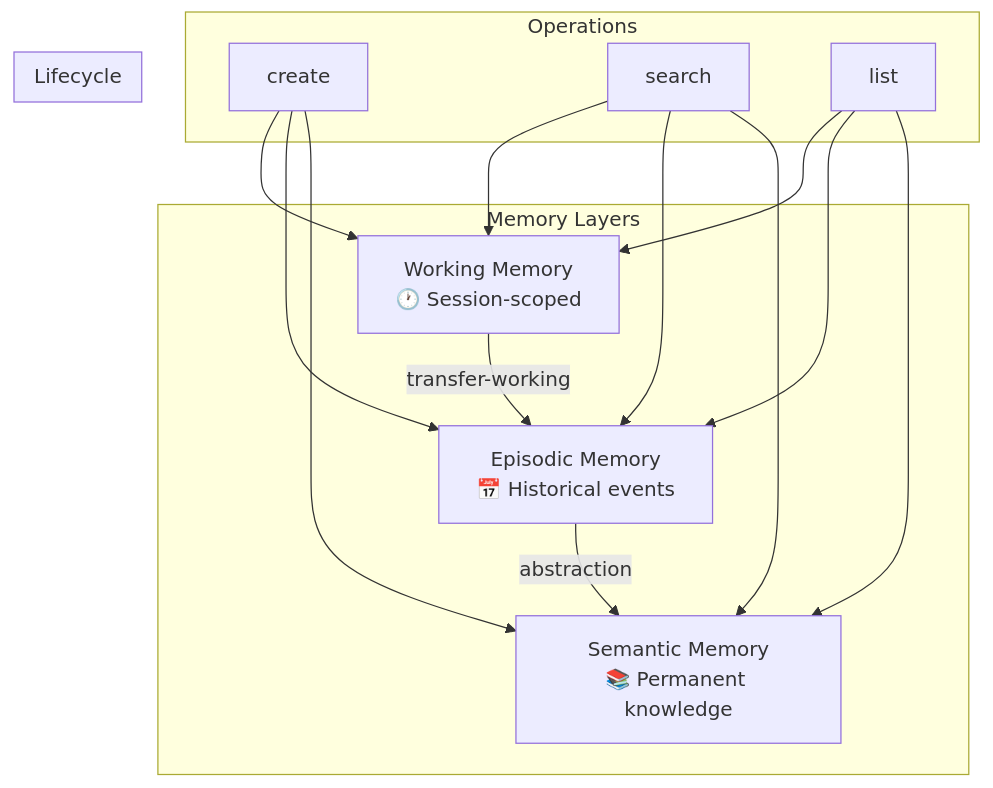
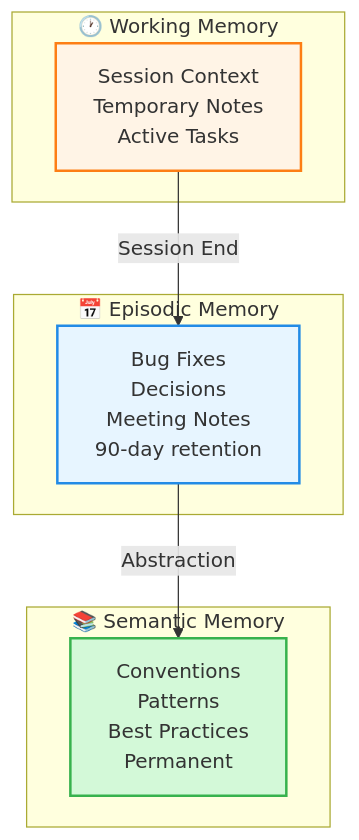
One commit to fmatsos/cortex changed the first of 4 diagrams in README.md. Above: the diagram before and after it, drawn with Mermaid. The commit also changed other lines of this file and 5 other files, not shown here.

First line of the commit message:
docs: comprehensive documentation update with MermaidJS diagrams (#16)

````diff
--- a/README.md
+++ b/README.md
@@ -9,19 +35,24 @@
 ```mermaid
 graph TB
-    subgraph "Memory Layers"
-        W[Working Memory<br/>🕐 Session-scoped]
-        E[Episodic Memory<br/>📅 Historical events]
-        S[Semantic Memory<br/>📚 Permanent knowledge]
+    subgraph "🕐 Working Memory"
+        W[Session Context<br/>Temporary Notes<br/>Active Tasks]
+        style W fill:#fff4e6,stroke:#fd7e14,stroke-width:2px
     end
 
-    subgraph "Operations"
-        CREATE[create] --> W & E & S
-        SEARCH[search] --> W & E & S
-        LIST[list] --> W & E & S
+    subgraph "📅 Episodic Memory"
+        E[Bug Fixes<br/>Decisions<br/>Meeting Notes<br/>90-day retention]
+        style E fill:#e7f5ff,stroke:#228be6,stroke-width:2px
     end
 
-    subgraph "Lifecycle"
-        W -->|transfer-working| E
-        E -->|abstraction| S
+    subgraph "📚 Semantic Memory"
+        S[Conventions<br/>Patterns<br/>Best Practices<br/>Permanent]
+        style S fill:#d3f9d8,stroke:#37b24d,stroke-width:2px
     end
+
+    W -->|Session End| E
+    E -->|Abstraction| S
+
+    style W fill:#fff4e6
+    style E fill:#e7f5ff
+    style S fill:#d3f9d8
 ```
````
